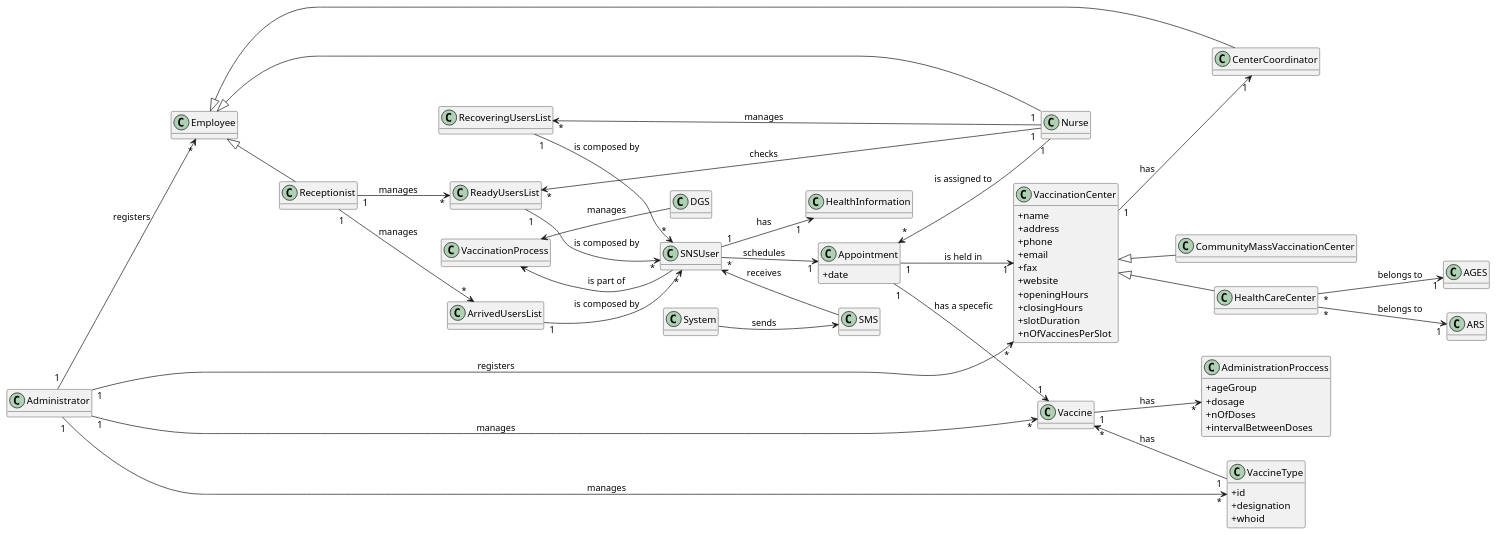
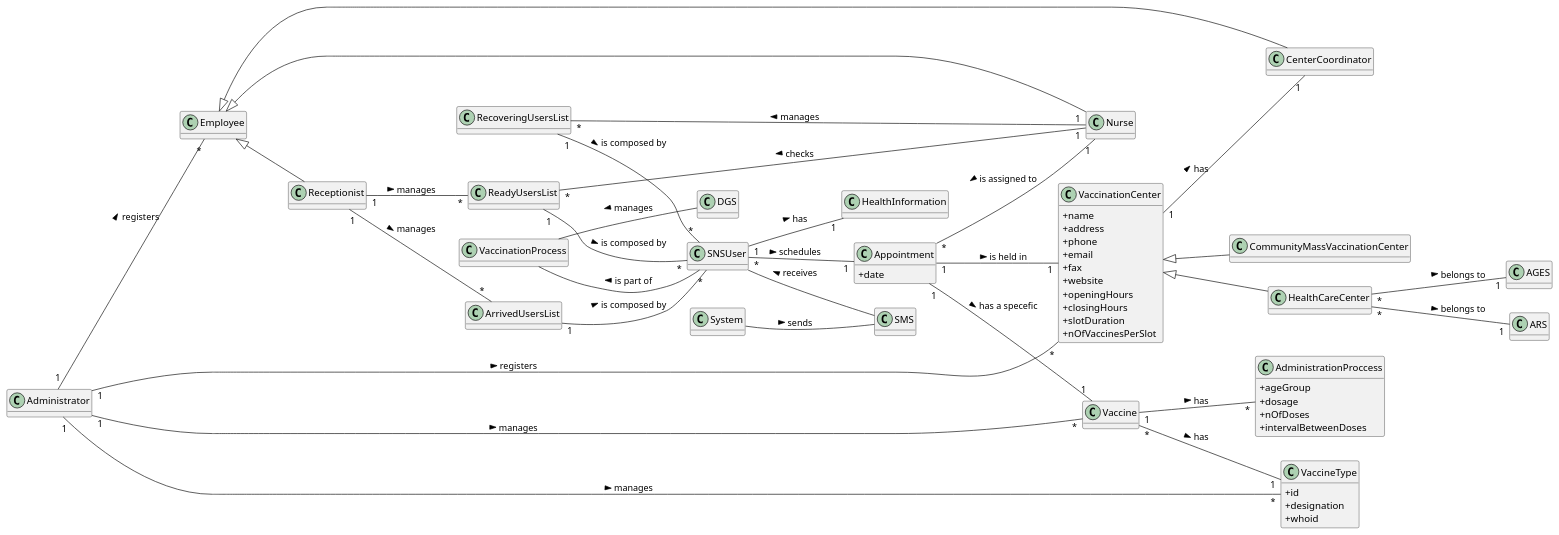
Before and after one commit to miseEnPlace-i/lapr2: the diagram in docs/SprintA/DM.puml, drawn with PlantUML. The commit also changed 1 other file, not shown here.

```diff
--- a/docs/SprintA/DM.puml
+++ b/docs/SprintA/DM.puml
@@ -1,109 +1,109 @@
 @startuml
 
 hide methods
 left to right direction
 skinparam classAttributeIconSize 0
 
 class CommunityMassVaccinationCenter {}
 
 class HealthCareCenter {}
 
 class VaccinationCenter {
   + name
   + address
   + phone
   + email
   + fax
   + website
   + openingHours
   + closingHours
   + slotDuration
   + nOfVaccinesPerSlot
 }
 
 class Vaccine {}
 
 class VaccineType {
     + id
     + designation
     + whoid
 }
 
 class DGS {}
 
 class SNSUser {}
 
 class HealthInformation {}
 
 class Administrator {}
 
 class Employee {}
 
 class Nurse {}
 
 class Receptionist {}
 
 class CenterCoordinator {}
 
 class Appointment {
   + date
 }
 
 class AdministrationProccess {
   + ageGroup
   + dosage
   + nOfDoses
   + intervalBetweenDoses
 }
 
 class System {}
 
 class AGES {}
 
 class ARS {}
 
-Vaccine "*" <-- "1" VaccineType : has
+Vaccine "*" -- "1" VaccineType : has >
 
 Employee <|-- Nurse
 Employee <|-- Receptionist
 Employee <|-- CenterCoordinator
 
 VaccinationCenter <|-- CommunityMassVaccinationCenter
 VaccinationCenter <|-- HealthCareCenter
 
-VaccinationCenter "1" --> "1" CenterCoordinator : has
+VaccinationCenter "1" -- "1" CenterCoordinator : has >
 
-HealthCareCenter "*" --> "1" AGES : belongs to
-HealthCareCenter "*" --> "1" ARS : belongs to
+HealthCareCenter "*" -- "1" AGES : belongs to > 
+HealthCareCenter "*" -- "1" ARS : belongs to >
 
-Appointment "1" --> "1" VaccinationCenter : is held in
-Appointment "1" --> "1" Vaccine : has a specefic
-Appointment "*" <-- "1" Nurse : is assigned to
+Appointment "1" -- "1" VaccinationCenter : is held in >
+Appointment "1" -- "1" Vaccine : has a specefic >
+Appointment "*" -- "1" Nurse : is assigned to <
 
-Receptionist "1" --> "*" ReadyUsersList : manages
-Receptionist "1" --> "*" ArrivedUsersList : manages
+Receptionist "1" -- "*" ReadyUsersList : manages >
+Receptionist "1" -- "*" ArrivedUsersList : manages >
 
-ReadyUsersList "1" --> "*" SNSUser : is composed by
-ArrivedUsersList "1" --> "*" SNSUser : is composed by
-RecoveringUsersList "1" --> "*" SNSUser : is composed by
+ReadyUsersList "1" -- "*" SNSUser : is composed by >
+ArrivedUsersList "1" -- "*" SNSUser : is composed by > 
+RecoveringUsersList "1" -- "*" SNSUser : is composed by >
 
-ReadyUsersList "*" <-- "1" Nurse : checks
-RecoveringUsersList "*" <-- "1" Nurse : manages
+ReadyUsersList "*" -- "1" Nurse : checks <
+RecoveringUsersList "*" -- "1" Nurse : manages <
 
-Administrator "1" --> "*" Employee : registers
-Administrator "1" --> "*" VaccinationCenter : registers
-Administrator "1" --> "*" VaccineType : manages
-Administrator "1" --> "*" Vaccine : manages
+Administrator "1" -- "*" Employee : registers >
+Administrator "1" -- "*" VaccinationCenter : registers >
+Administrator "1" -- "*" VaccineType : manages >
+Administrator "1" -- "*" Vaccine : manages >
 
-VaccinationProcess <-- DGS : manages
-VaccinationProcess <-- SNSUser : is part of
+VaccinationProcess -- DGS : manages <
+VaccinationProcess -- SNSUser : is part of <
 
-SNSUser "*" --> "1" Appointment : schedules
-SNSUser "1" --> "1" HealthInformation : has
+SNSUser "*" -- "1" Appointment : schedules >
+SNSUser "1" -- "1" HealthInformation : has >
 
-Vaccine "1" --> "*" AdministrationProccess : has
+Vaccine "1" -- "*" AdministrationProccess : has >
 
-System --> SMS : sends
-SNSUser <-- SMS : receives
+System -- SMS : sends >
+SNSUser -- SMS : receives <
 
 @enduml
```
